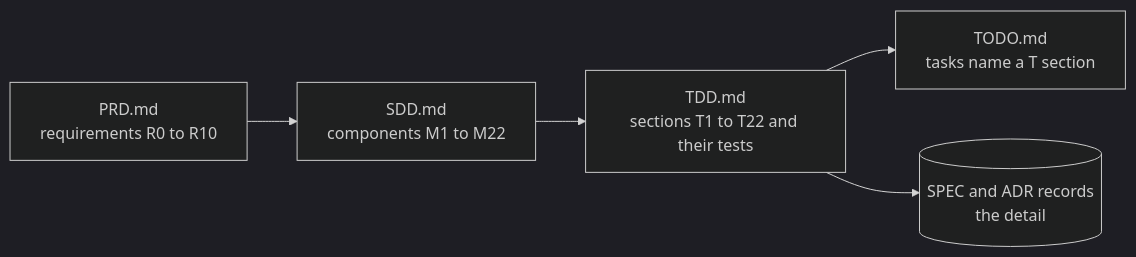
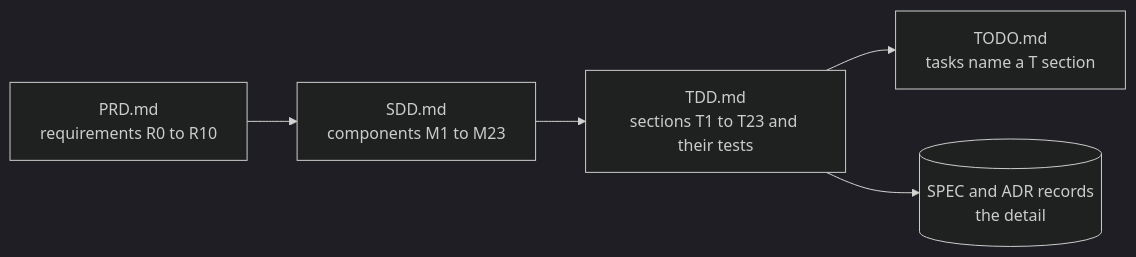
One commit to kesokaj/fyr changed the third of 3 diagrams in README.md. Above: the diagram before and after it, drawn with Mermaid (dark theme). The commit also changed other lines of this file and 9 other files, not shown here.

````diff
--- a/README.md
+++ b/README.md
@@ -359,7 +360,7 @@
 ```mermaid
 flowchart LR
-  prd["PRD.md\nrequirements R0 to R10"] --> sdd["SDD.md\ncomponents M1 to M22"]
-  sdd --> tdd["TDD.md\nsections T1 to T22 and their tests"]
+  prd["PRD.md\nrequirements R0 to R10"] --> sdd["SDD.md\ncomponents M1 to M23"]
+  sdd --> tdd["TDD.md\nsections T1 to T23 and their tests"]
   tdd --> todo["TODO.md\ntasks name a T section"]
   tdd --> records[("SPEC and ADR records\nthe detail")]
 ```
````
